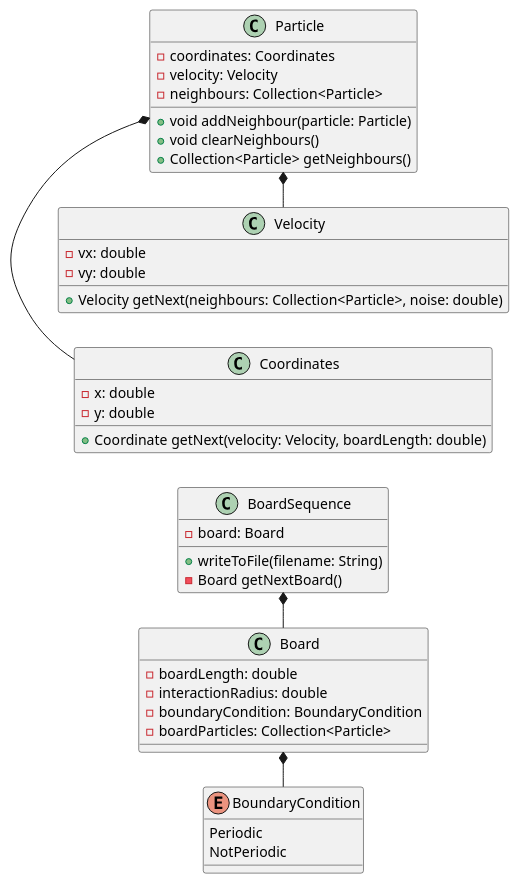
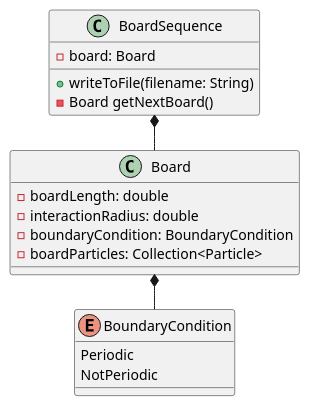
One commit to kevincatino/off-lattice-cellular-automata changed the diagram in docs/diagram.puml. Above: the diagram before and after it, drawn with PlantUML. The commit also changed 1 other file, not shown here.

Commit message:
Add puml diagrams

```diff
--- a/docs/diagram.puml
+++ b/docs/diagram.puml
@@ -1,52 +1,31 @@
 @startuml
 left to right direction
 class Board {
     - boardLength: double
     - interactionRadius: double
     - boundaryCondition: BoundaryCondition
     - boardParticles: Collection<Particle>
 
 
 }
 
 
 enum BoundaryCondition {
     Periodic
     NotPeriodic
 }
 
 
 
 class BoardSequence {
     - board: Board
     + writeToFile(filename: String)
     - Board getNextBoard()
 }
 
-class Velocity {
-- vx: double
-- vy: double
-+ Velocity getNext(neighbours: Collection<Particle>, noise: double)
-}
-
-class Coordinates {
-- x: double
-- y: double
-+ Coordinate getNext(velocity: Velocity, boardLength: double)
-}
-
-class Particle {
-- coordinates: Coordinates
-- velocity: Velocity
-- neighbours: Collection<Particle>
-+ void addNeighbour(particle: Particle)
-+ void clearNeighbours()
-+ Collection<Particle> getNeighbours()
-}
 
 BoardSequence *- Board
 Board *- BoundaryCondition
-Particle *- Coordinates
-Particle *- Velocity
+
 
 @enduml
```
